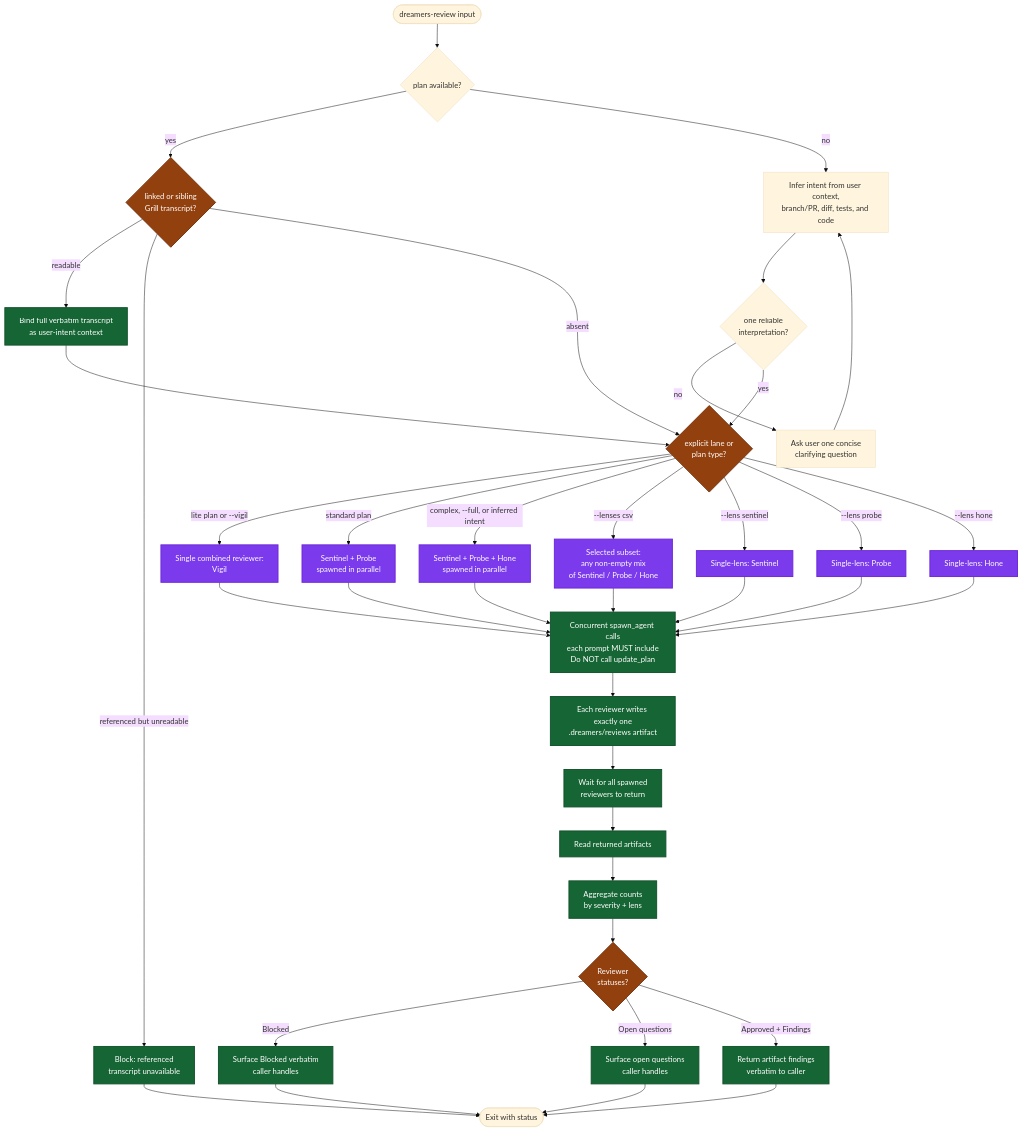
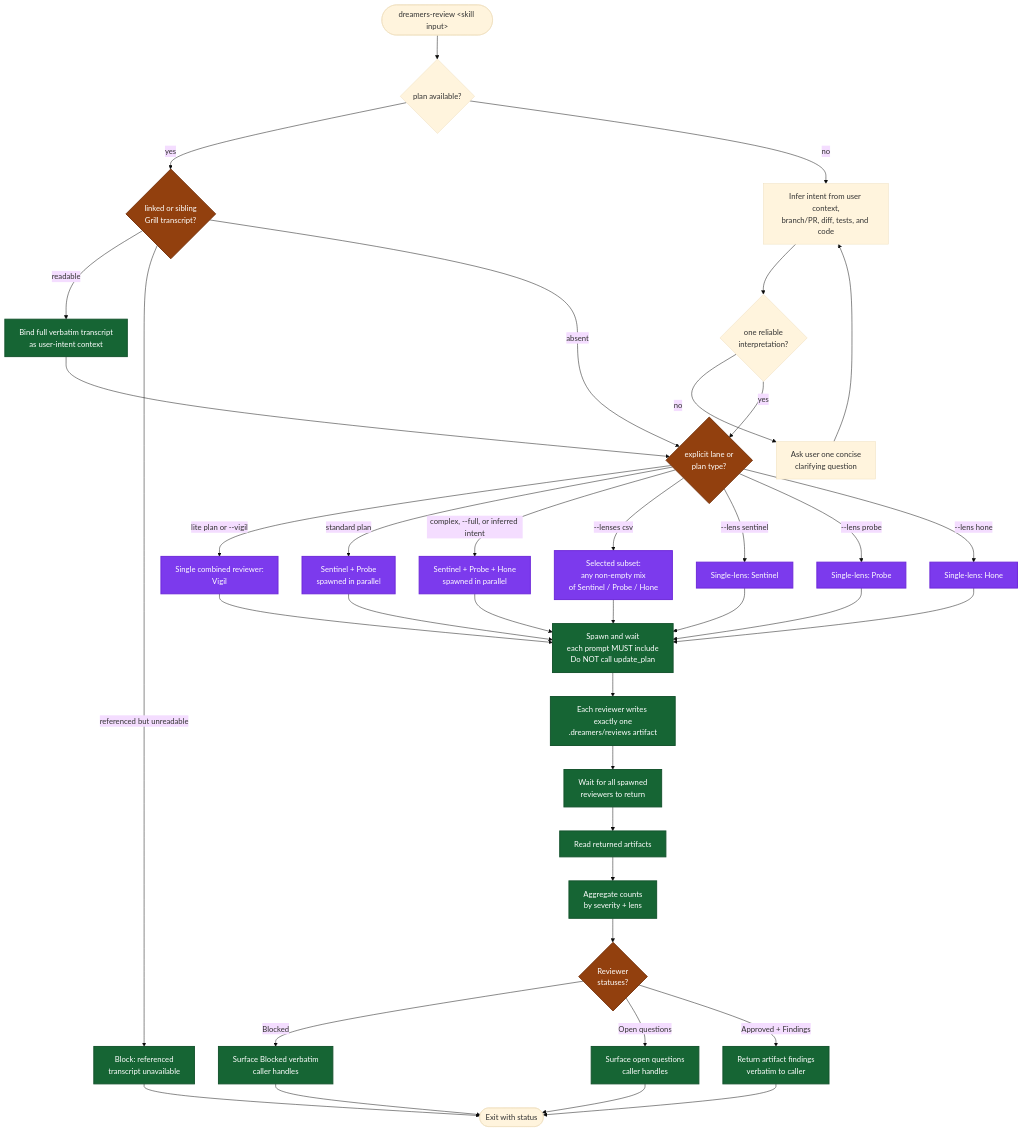
Before and after one commit to mrStorrs/dreamers-codex: the diagram in skills/dreamers-review/readme.md, drawn with Mermaid (base theme). The commit also changed other lines of this file and 73 other files, not shown here.

````diff
--- a/skills/dreamers-review/readme.md
+++ b/skills/dreamers-review/readme.md
@@ -5,53 +5,53 @@
 ```mermaid
 flowchart TD
-    Start(["dreamers-review input"]) --> Basis{"plan available?"}
+    Start(["dreamers-review &lt;skill input&gt;"]) --> Basis{"plan available?"}
     Basis -->|yes| Transcript{"linked or sibling<br/>Grill transcript?"}
     Transcript -->|readable| BindTranscript["Bind full verbatim transcript<br/>as user-intent context"]
     Transcript -->|referenced but unreadable| BlockTranscript["Block: referenced<br/>transcript unavailable"]
     Transcript -->|absent| ModeCheck{"explicit lane or<br/>plan type?"}
     BindTranscript --> ModeCheck
     BlockTranscript --> End
     Basis -->|no| Infer["Infer intent from user context,<br/>branch/PR, diff, tests, and code"]
     Infer --> Clear{"one reliable<br/>interpretation?"}
     Clear -->|no| Ask["Ask user one concise<br/>clarifying question"]
     Ask --> Infer
     Clear -->|yes| ModeCheck
 
     ModeCheck -->|lite plan or --vigil| Vigil["Single combined reviewer:<br/>Vigil"]
     ModeCheck -->|standard plan| Standard["Sentinel + Probe<br/>spawned in parallel"]
     ModeCheck -->|complex, --full, or inferred intent| Triad["Sentinel + Probe + Hone<br/>spawned in parallel"]
     ModeCheck -->|--lenses csv| Selected["Selected subset:<br/>any non-empty mix<br/>of Sentinel / Probe / Hone"]
     ModeCheck -->|--lens sentinel| LensS["Single-lens: Sentinel"]
     ModeCheck -->|--lens probe| LensP["Single-lens: Probe"]
     ModeCheck -->|--lens hone| LensH["Single-lens: Hone"]
 
-    Triad --> Spawn["Concurrent spawn_agent calls<br/>each prompt MUST include<br/>Do NOT call update_plan"]
+    Triad --> Spawn["Spawn and wait<br/>each prompt MUST include<br/>Do NOT call update_plan"]
     Standard --> Spawn
     Vigil --> Spawn
     Selected --> Spawn
     LensS --> Spawn
     LensP --> Spawn
     LensH --> Spawn
 
     Spawn --> WriteArtifact["Each reviewer writes exactly one<br/>.dreamers/reviews artifact"]
     WriteArtifact --> Wait["Wait for all spawned<br/>reviewers to return"]
     Wait --> Collect["Read returned artifacts"]
     Collect --> Aggregate["Aggregate counts<br/>by severity + lens"]
     Aggregate --> CheckStatus{"Reviewer<br/>statuses?"}
 
     CheckStatus -->|Blocked| Surface1["Surface Blocked verbatim<br/>caller handles"]
     CheckStatus -->|Open questions| Surface2["Surface open questions<br/>caller handles"]
     CheckStatus -->|Approved + Findings| Report["Return artifact findings<br/>verbatim to caller"]
 
     Surface1 --> End(["Exit with status"])
     Surface2 --> End
     Report --> End
 
     classDef gate fill:#92400e,stroke:#78350f,stroke-width:2px,color:#fff
     classDef phase fill:#166534,stroke:#14532d,stroke-width:2px,color:#fff
     classDef agent fill:#7c3aed,stroke:#6d28d9,stroke-width:2px,color:#fff
 
     class Transcript,ModeCheck,CheckStatus gate
     class Triad,Standard,Vigil,Selected,LensS,LensP,LensH agent
     class BindTranscript,BlockTranscript,Spawn,WriteArtifact,Wait,Collect,Aggregate,Surface1,Surface2,Report phase
 ```
````
